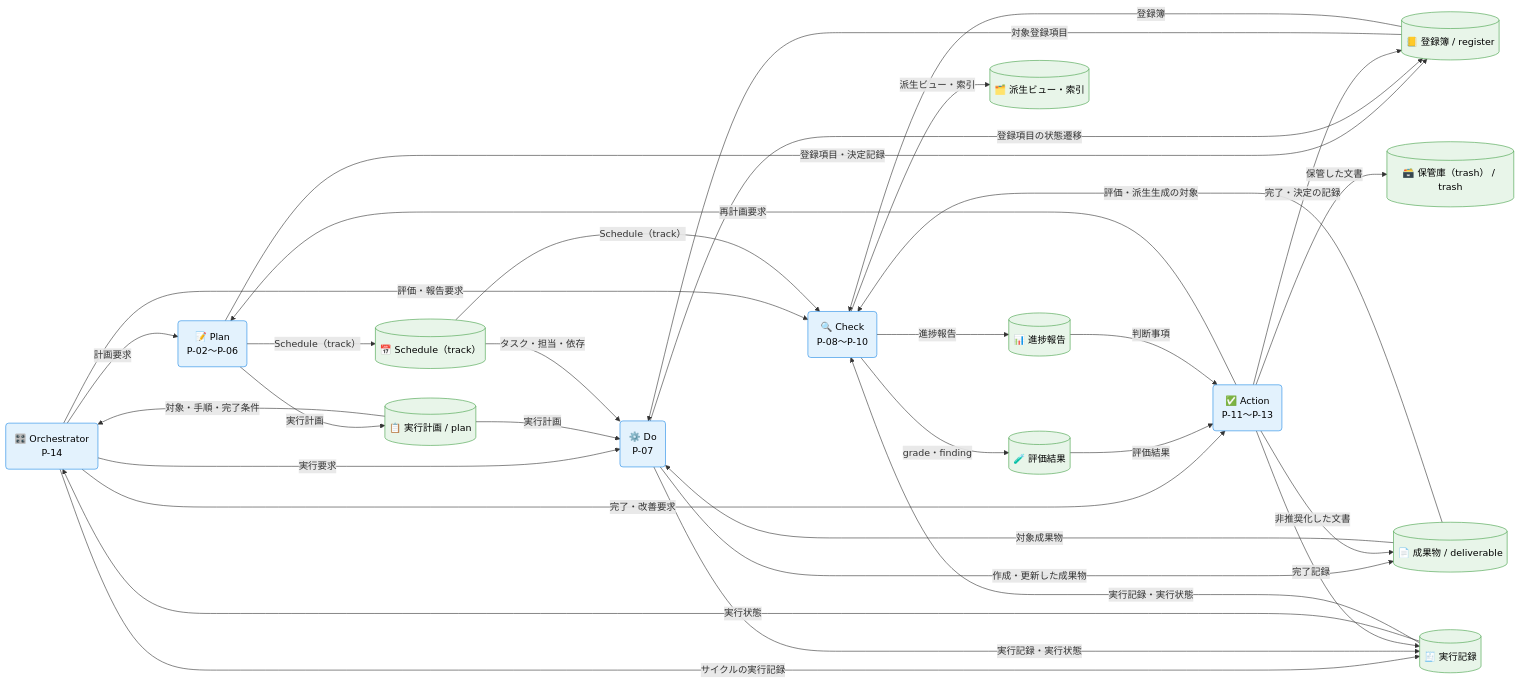
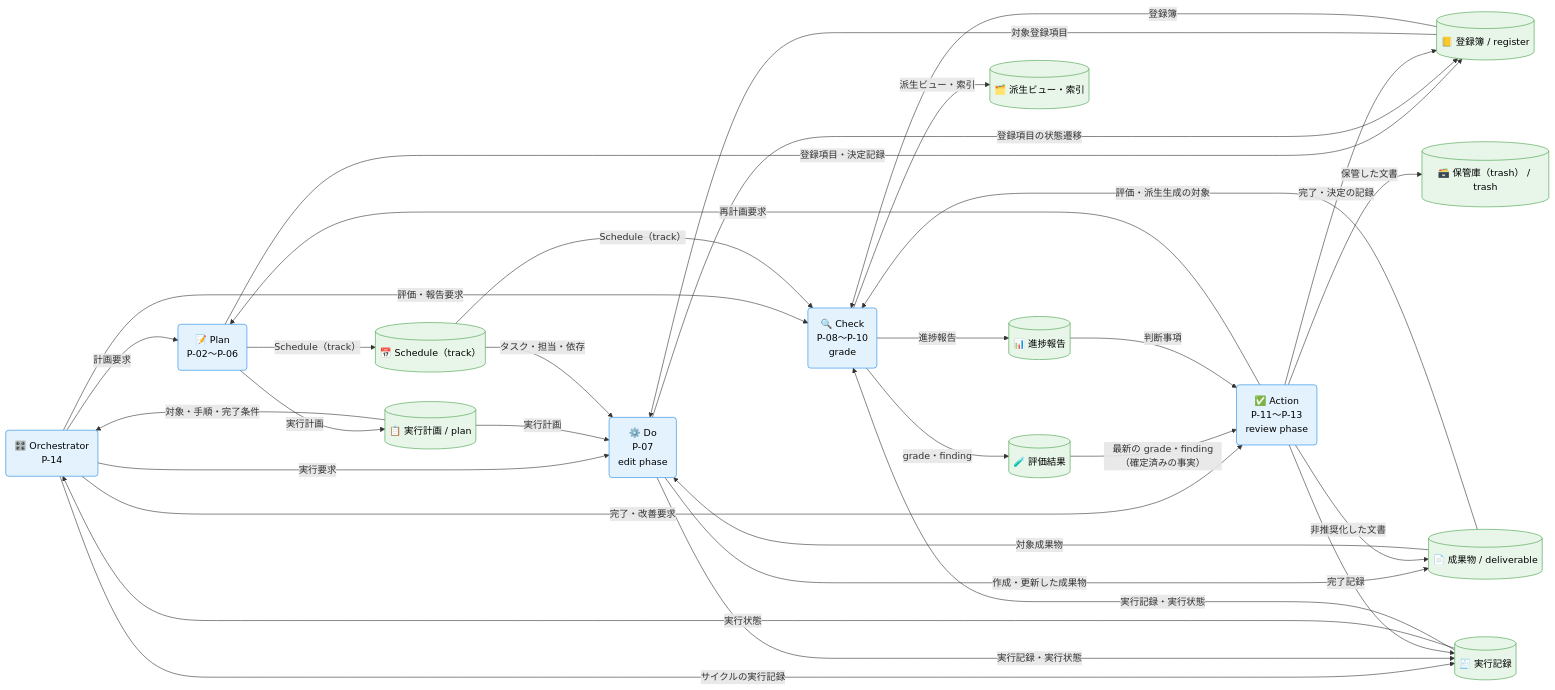
One commit to specdojo/specdojo changed the first of 3 diagrams in docs/ja/product/010-business-specs/010-data-flow/cdfd-overview.md. Above: the diagram before and after it, drawn with Mermaid. The commit also changed other lines of this file and 9 other files, not shown here.

Commit message:
exec(register PJR-XZEQ): cdfd-overview と cdfd-check と cdfd-action へ grade と review の関係を反映する

````diff
--- a/docs/ja/product/010-business-specs/010-data-flow/cdfd-overview.md
+++ b/docs/ja/product/010-business-specs/010-data-flow/cdfd-overview.md
@@ -164,61 +164,61 @@
 ```mermaid
 flowchart LR
   classDef process fill:#e3f2fd,stroke:#1e88e5,color:#000
   classDef storeTransaction fill:#e8f5e9,stroke:#43a047,color:#000
 
   Orchestrator("🎛️ Orchestrator<br>P-14")
   Plan("📝 Plan<br>P-02〜P-06")
   Register[("📒 登録簿 / register")]
   Schedule[("📅 Schedule（track）")]
   ExecPlan[("📋 実行計画 / plan")]
-  Do("⚙️ Do<br>P-07")
+  Do("⚙️ Do<br>P-07<br>edit phase")
   Deliverables[("📄 成果物 / deliverable")]
   ExecLog[("🧾 実行記録")]
-  Check("🔍 Check<br>P-08〜P-10")
+  Check("🔍 Check<br>P-08〜P-10<br>grade")
   Grade[("🧪 評価結果")]
   Report[("📊 進捗報告")]
   Derived[("🗂️ 派生ビュー・索引")]
-  Action("✅ Action<br>P-11〜P-13")
+  Action("✅ Action<br>P-11〜P-13<br>review phase")
   Trash[("🗃️ 保管庫（trash） / trash")]
 
   Orchestrator ~~~ Plan ~~~ Do ~~~ Check ~~~ Action
 
   Orchestrator -->|"計画要求"| Plan
   Orchestrator -->|"実行要求"| Do
   Orchestrator -->|"評価・報告要求"| Check
   Orchestrator -->|"完了・改善要求"| Action
   ExecLog -->|"実行状態"| Orchestrator
   Orchestrator -->|"サイクルの実行記録"| ExecLog
   ExecPlan -->|"対象・手順・完了条件"| Orchestrator
 
   Plan -->|"登録項目・決定記録"| Register
   Plan -->|"Schedule（track）"| Schedule
   Plan -->|"実行計画"| ExecPlan
 
   ExecPlan -->|"実行計画"| Do
   Schedule -->|"タスク・担当・依存"| Do
   Deliverables -->|"対象成果物"| Do
   Register -->|"対象登録項目"| Do
   Do -->|"登録項目の状態遷移"| Register
   Do -->|"作成・更新した成果物"| Deliverables
   Do -->|"実行記録・実行状態"| ExecLog
 
   Deliverables -->|"評価・派生生成の対象"| Check
   Schedule -->|"Schedule（track）"| Check
   Register -->|"登録簿"| Check
   ExecLog -->|"実行記録・実行状態"| Check
   Check -->|"grade・finding"| Grade
   Check -->|"進捗報告"| Report
   Check -->|"派生ビュー・索引"| Derived
 
-  Grade -->|"評価結果"| Action
+  Grade -->|"最新の grade・finding（確定済みの事実）"| Action
   Report -->|"判断事項"| Action
   Action -->|"完了・決定の記録"| Register
   Action -->|"完了記録"| ExecLog
   Action -->|"非推奨化した文書"| Deliverables
   Action -->|"保管した文書"| Trash
   Action -->|"再計画要求"| Plan
 
   class Orchestrator,Plan,Do,Check,Action process
   class Register,Schedule,ExecPlan,ExecLog,Deliverables,Grade,Report,Derived,Trash storeTransaction
 ```
````
